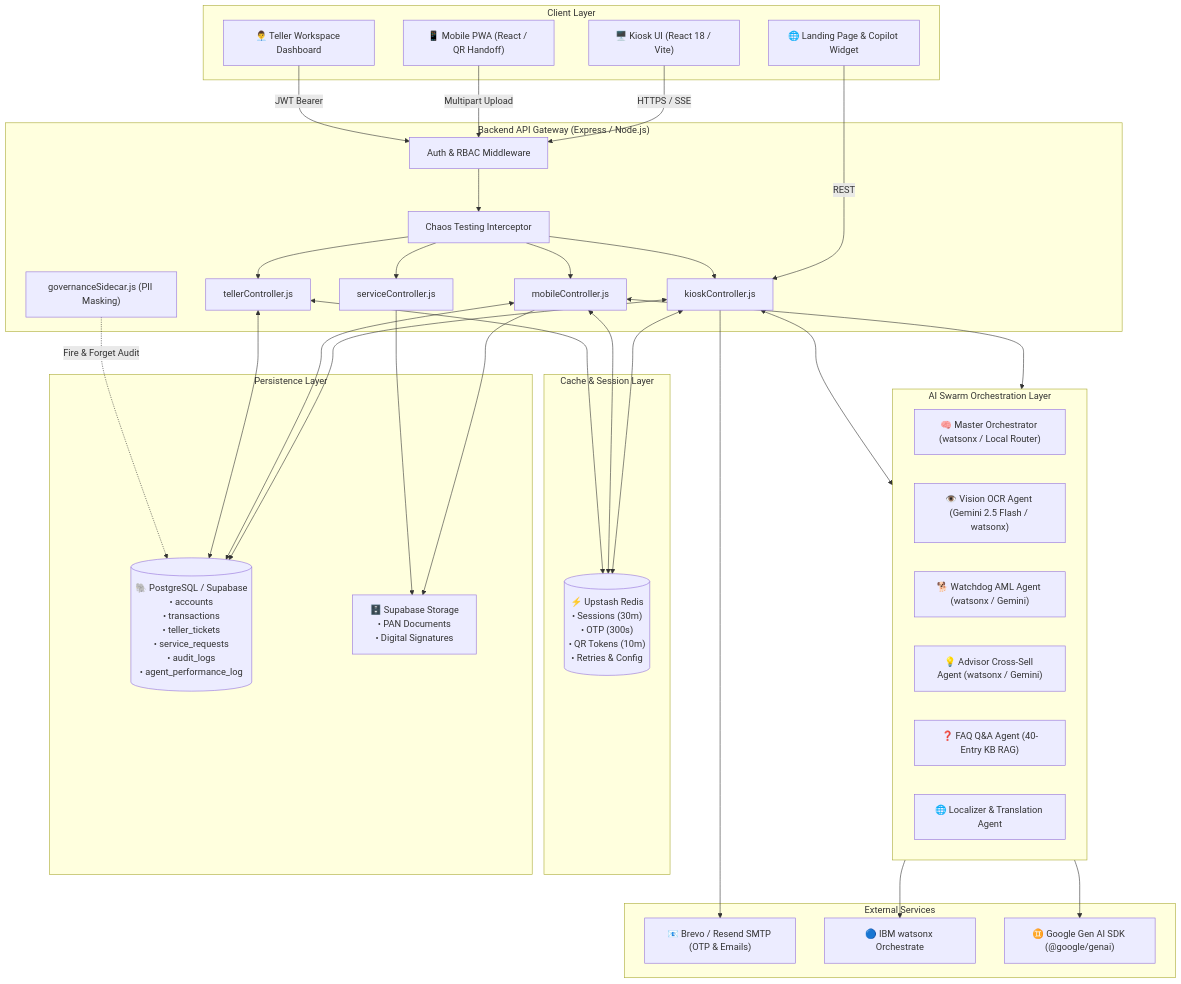
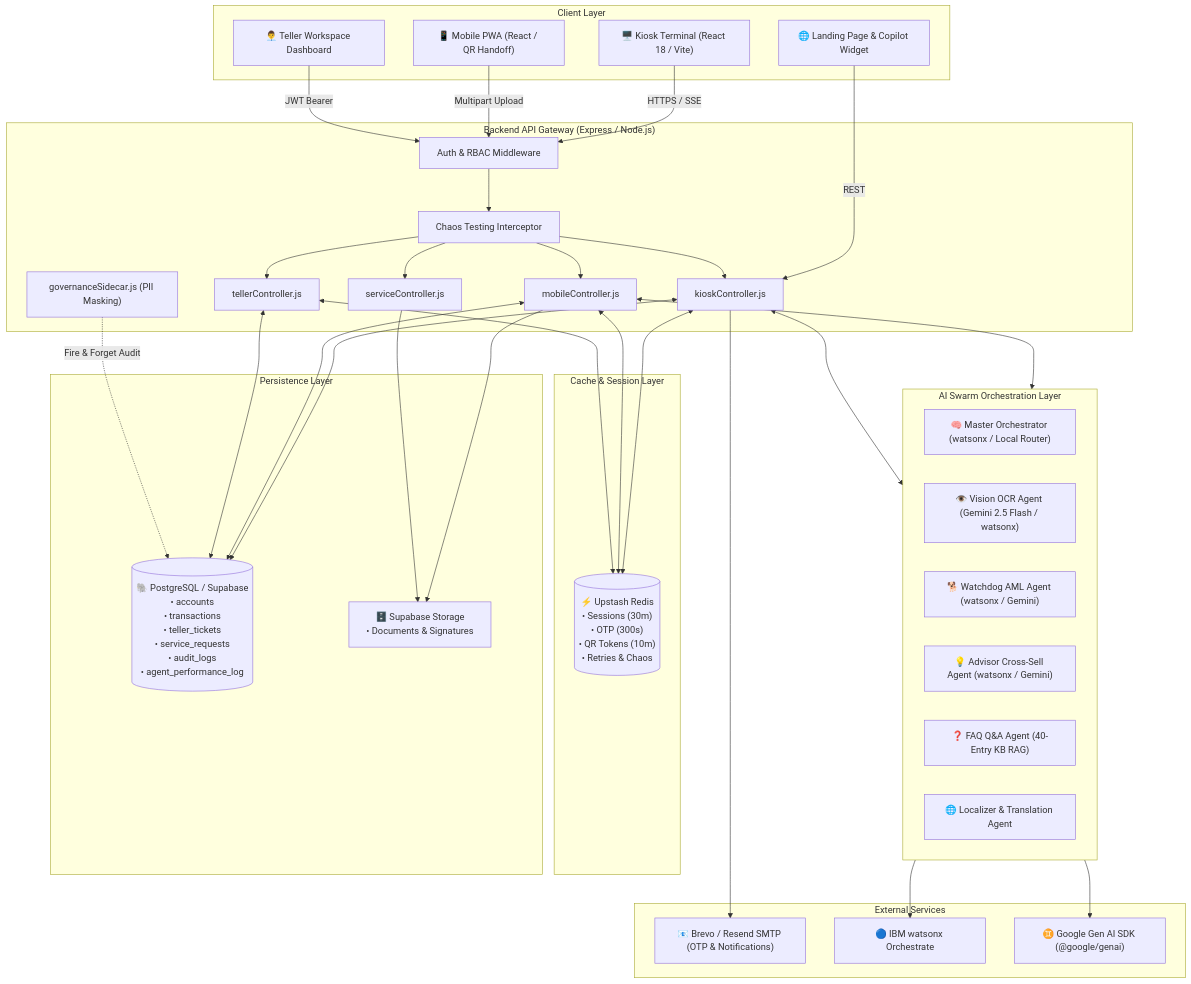
The first of 3 diagrams in Readme.md (mithunrajmr/torii), drawn with Mermaid before and after one commit. The commit also changed other lines of this file, not shown here.

````diff
--- a/Readme.md
+++ b/Readme.md
@@ -100,61 +180,61 @@
 ```mermaid
 flowchart TD
     subgraph Clients ["Client Layer"]
-        Kiosk["🖥️ Kiosk UI (React 18 / Vite)"]
+        Kiosk["🖥️ Kiosk Terminal (React 18 / Vite)"]
         MobilePWA["📱 Mobile PWA (React / QR Handoff)"]
         TellerDash["👨‍💼 Teller Workspace Dashboard"]
         LandingHub["🌐 Landing Page & Copilot Widget"]
     end
 
     subgraph API Gateway ["Backend API Gateway (Express / Node.js)"]
         AuthMw["Auth & RBAC Middleware"]
         ChaosMw["Chaos Testing Interceptor"]
         KioskCtrl["kioskController.js"]
         MobileCtrl["mobileController.js"]
         TellerCtrl["tellerController.js"]
         ServiceCtrl["serviceController.js"]
         GovSidecar["governanceSidecar.js (PII Masking)"]
     end
 
     subgraph Cache & Sessions ["Cache & Session Layer"]
-        Redis[("⚡ Upstash Redis\n• Sessions (30m)\n• OTP (300s)\n• QR Tokens (10m)\n• Retries & Config")]
+        Redis[("⚡ Upstash Redis\n• Sessions (30m)\n• OTP (300s)\n• QR Tokens (10m)\n• Retries & Chaos")]
     end
 
     subgraph Storage & Database ["Persistence Layer"]
         PostgreSQL[("🐘 PostgreSQL / Supabase\n• accounts\n• transactions\n• teller_tickets\n• service_requests\n• audit_logs\n• agent_performance_log")]
-        S3Storage["🗄️ Supabase Storage\n• PAN Documents\n• Digital Signatures"]
+        S3Storage["🗄️ Supabase Storage\n• Documents & Signatures"]
     end
 
     subgraph AISwarm ["AI Swarm Orchestration Layer"]
         MasterOrch["🧠 Master Orchestrator (watsonx / Local Router)"]
         VisionAgent["👁️ Vision OCR Agent (Gemini 2.5 Flash / watsonx)"]
         WatchdogAgent["🐕 Watchdog AML Agent (watsonx / Gemini)"]
         AdvisorAgent["💡 Advisor Cross-Sell Agent (watsonx / Gemini)"]
         FaqAgent["❓ FAQ Q&A Agent (40-Entry KB RAG)"]
         LocalizerAgent["🌐 Localizer & Translation Agent"]
     end
 
     subgraph External ["External Services"]
-        Brevo["📧 Brevo / Resend SMTP (OTP & Emails)"]
+        Brevo["📧 Brevo / Resend SMTP (OTP & Notifications)"]
         WXO["🔵 IBM watsonx Orchestrate"]
         GeminiAPI["♊ Google Gen AI SDK (@google/genai)"]
     end
 
     Kiosk -->|HTTPS / SSE| AuthMw
     MobilePWA -->|Multipart Upload| AuthMw
     TellerDash -->|JWT Bearer| AuthMw
     LandingHub -->|REST| KioskCtrl
 
     AuthMw --> ChaosMw
     ChaosMw --> KioskCtrl & MobileCtrl & TellerCtrl & ServiceCtrl
 
     KioskCtrl & MobileCtrl & TellerCtrl <--> Redis
     MobileCtrl & ServiceCtrl --> S3Storage
 
     KioskCtrl & MobileCtrl & TellerCtrl <--> PostgreSQL
     GovSidecar -.->|Fire & Forget Audit| PostgreSQL
 
     MobileCtrl & KioskCtrl <--> AISwarm
     AISwarm --> WXO & GeminiAPI
     KioskCtrl --> Brevo
 ```
````
